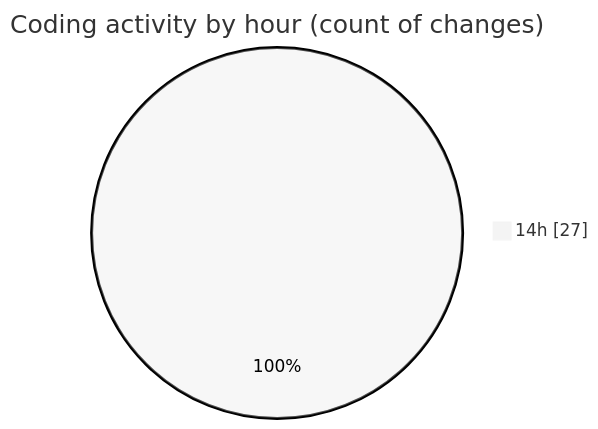
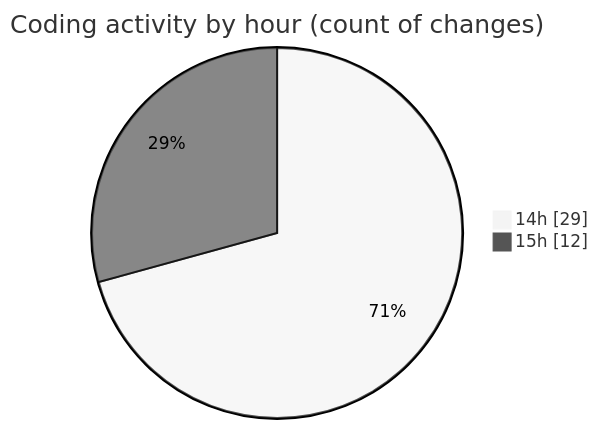
The second of 2 diagrams in 2025-06-05/ecodeli-1/README.md (CELIANVF/code-tracking), drawn with Mermaid (neutral theme) before and after one commit. The commit also changed other lines of this file and 1 other file, not shown here.

````diff
--- a/2025-06-05/ecodeli-1/README.md
+++ b/2025-06-05/ecodeli-1/README.md
@@ -40,5 +46,6 @@
 ```mermaid
 pie showData
 title Coding activity by hour (count of changes)
-"14h" : 27
+"14h" : 29
+"15h" : 12
 ```
````
